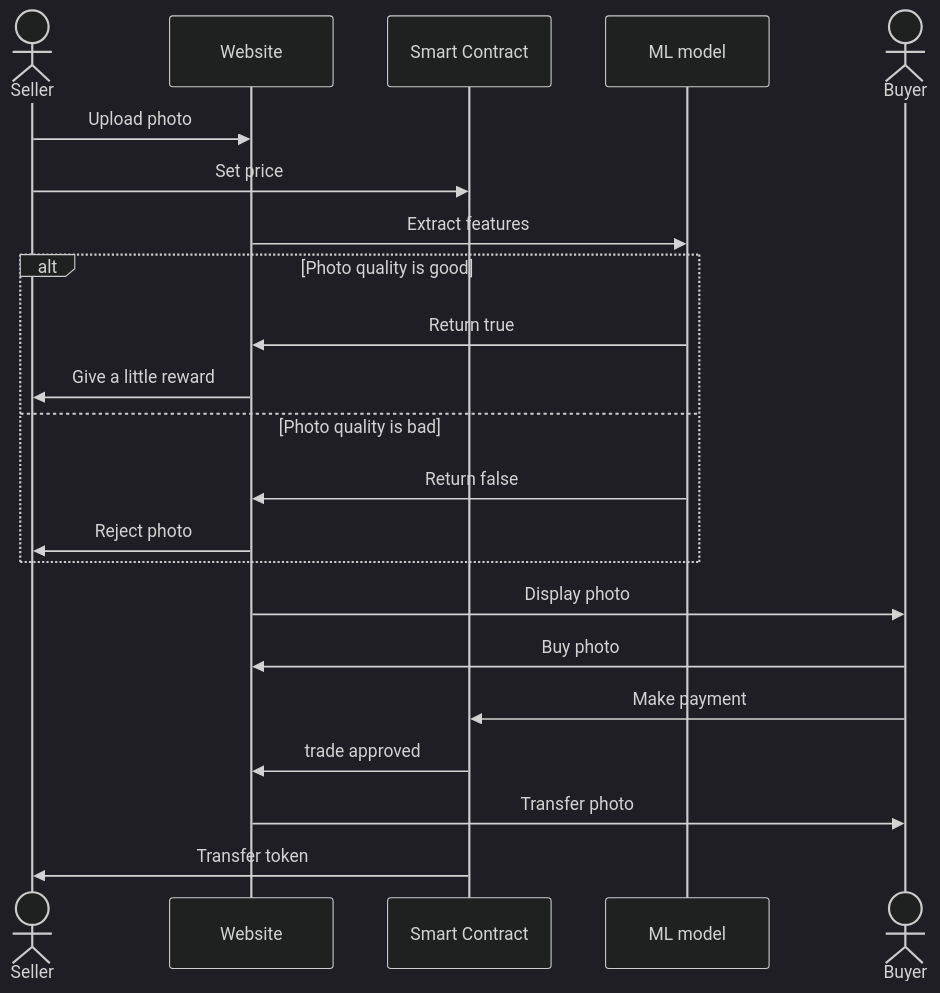
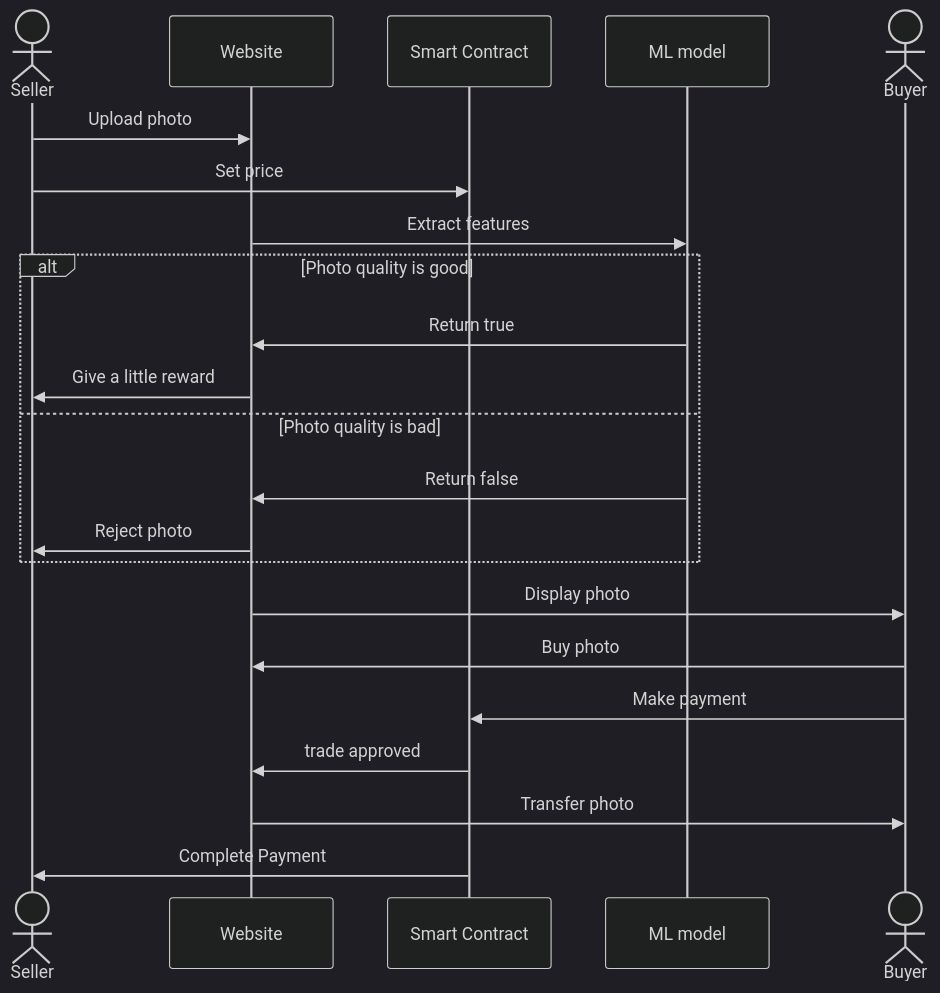
Before and after one commit to AI-and-Blockchain/S24_The_World: the diagram in README.md, drawn with Mermaid (dark theme).

Commit message:
Update payment process in sequence diagram

````diff
--- a/README.md
+++ b/README.md
@@ -42,25 +42,25 @@
 ```mermaid
 sequenceDiagram
     actor S as Seller
     participant W as Website
     participant contract as Smart Contract
     participant ML as ML model
     actor B as Buyer
 
     S->>W: Upload photo
     S->>contract: Set price
     W->>ML: Extract features
     alt Photo quality is good
         ML->>W: Return true
         W->>S: Give a little reward
     else Photo quality is bad
         ML->>W: Return false
         W->>S: Reject photo
     end
     W->>B: Display photo
     B->>W: Buy photo
     B->>contract: Make payment
     contract->>W: trade approved
     W->>B: Transfer photo
-    contract->>S: Transfer token
+    contract->>S: Complete Payment
 ```
````
